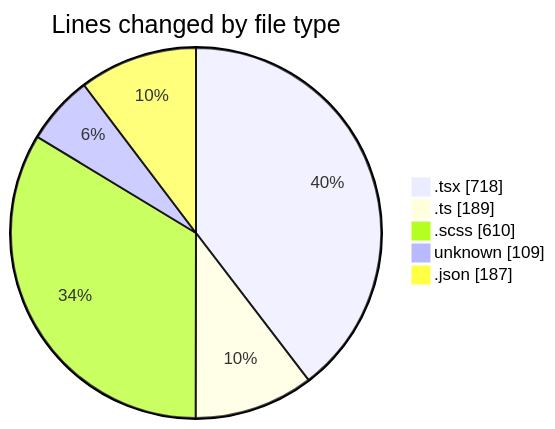
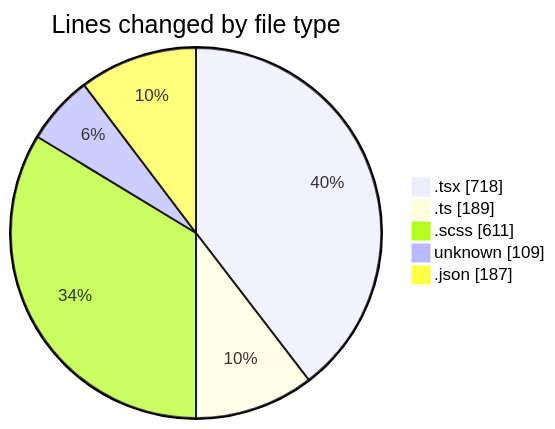
Before and after one commit to momahboobian/code-tracking: the first of 2 diagrams in 2026-04-15/cda/README.md, drawn with Mermaid. The commit also changed other lines of this file and 1 other file, not shown here.

````diff
--- a/2026-04-15/cda/README.md
+++ b/2026-04-15/cda/README.md
@@ -34,9 +34,9 @@
 ```mermaid
 pie showData
 title Lines changed by file type
 ".tsx" : 718
 ".ts" : 189
-".scss" : 610
+".scss" : 611
 "unknown" : 109
 ".json" : 187
 ```
````
